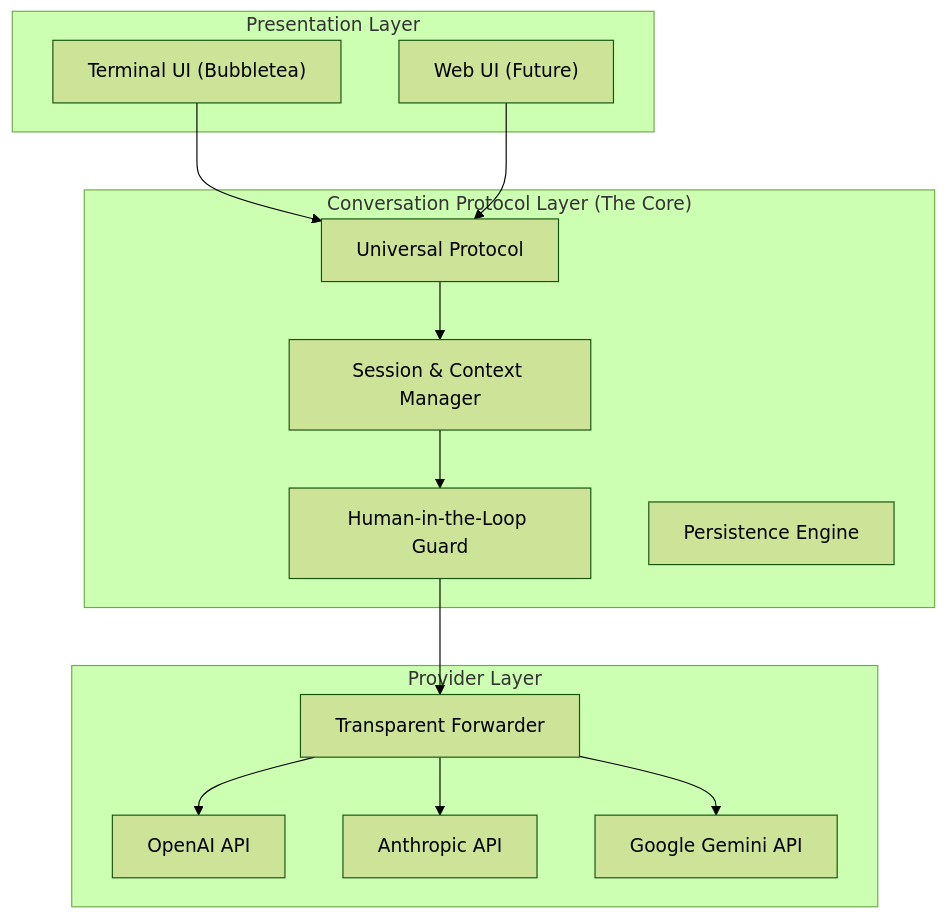
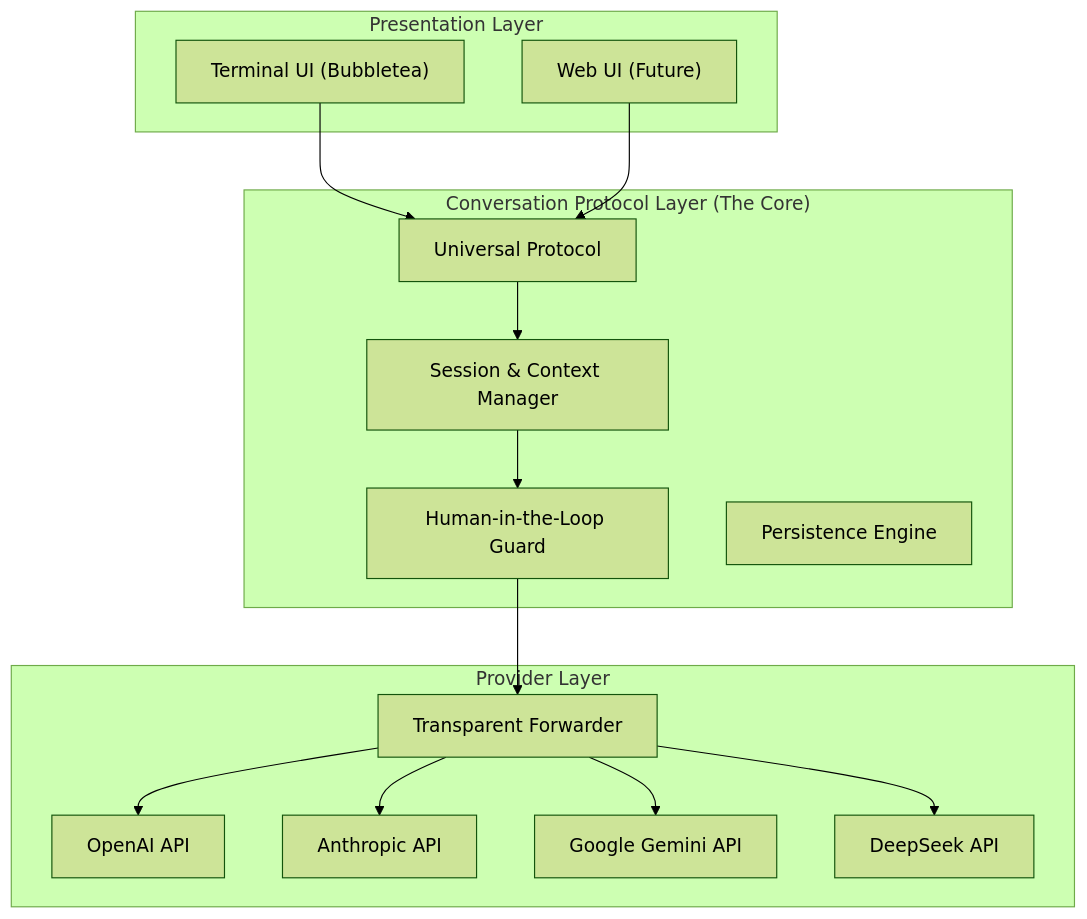
Before and after one commit to jayyao97/zotigo: the diagram in README.md, drawn with Mermaid (forest theme). The commit also changed other lines of this file and 32 other files, not shown here.

Commit message:
agent: add bypass permissions and DeepSeek support

````diff
--- a/README.md
+++ b/README.md
@@ -18,30 +18,32 @@
 ```mermaid
 graph TD
     subgraph "Presentation Layer"
         TUI["Terminal UI (Bubbletea)"]
         Web["Web UI (Future)"]
     end
 
     subgraph "Conversation Protocol Layer (The Core)"
         Protocol["Universal Protocol"]
         Session["Session & Context Manager"]
         HIL["Human-in-the-Loop Guard"]
         Storage["Persistence Engine"]
     end
 
     subgraph "Provider Layer"
         Adapter["Transparent Forwarder"]
         OpenAI["OpenAI API"]
         Claude["Anthropic API"]
         Gemini["Google Gemini API"]
+        DeepSeek["DeepSeek API"]
     end
 
     TUI --> Protocol
     Web --> Protocol
     Protocol --> Session
     Session --> HIL
     HIL --> Adapter
     Adapter --> OpenAI
     Adapter --> Claude
     Adapter --> Gemini
+    Adapter --> DeepSeek
 ```
````
